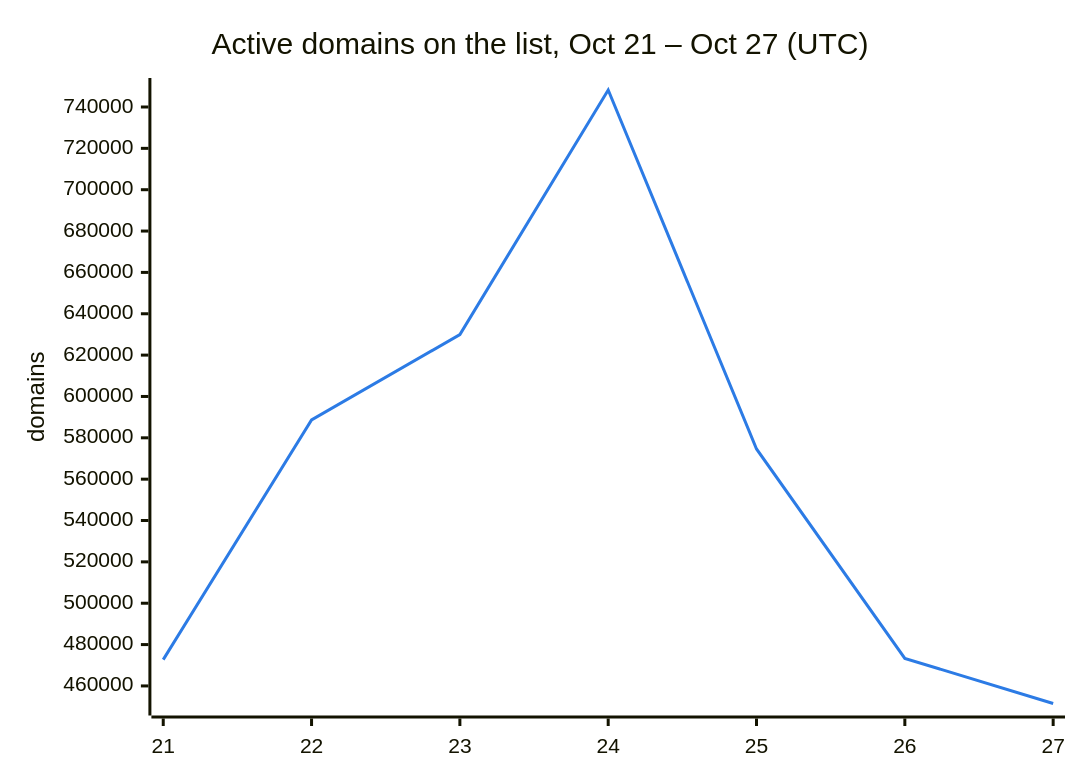
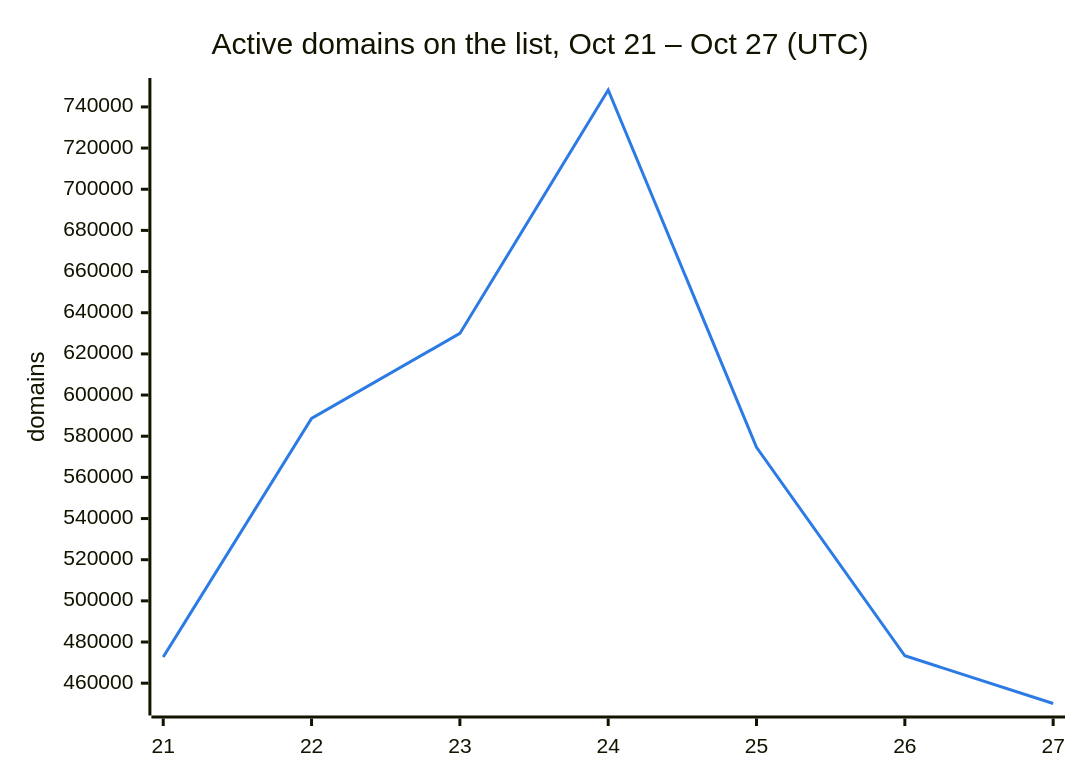
The second of 3 diagrams in README.md (DNSBunker/CTI), drawn with Mermaid before and after one commit. The commit also changed other lines of this file and 3 other files, not shown here.

````diff
--- a/README.md
+++ b/README.md
@@ -38,8 +38,8 @@
 ```mermaid
 %%{init: {"themeVariables": {"xyChart": {"plotColorPalette": "#2c7be5"}}}}%%
 xychart-beta
     title "Active domains on the list, Oct 21 – Oct 27 (UTC)"
     x-axis ["21", "22", "23", "24", "25", "26", "27"]
     y-axis "domains"
-    line [472713, 588659, 629951, 748222, 574614, 473331, 451503]
+    line [472713, 588659, 629951, 748222, 574614, 473331, 450132]
 ```
````
